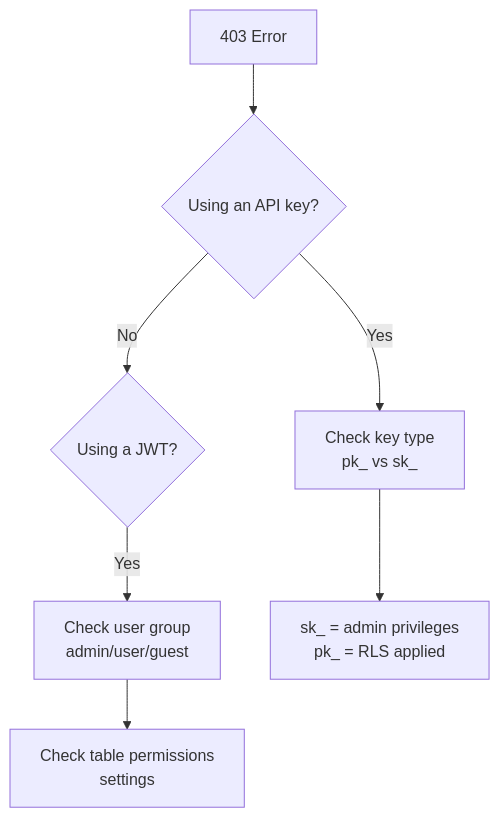
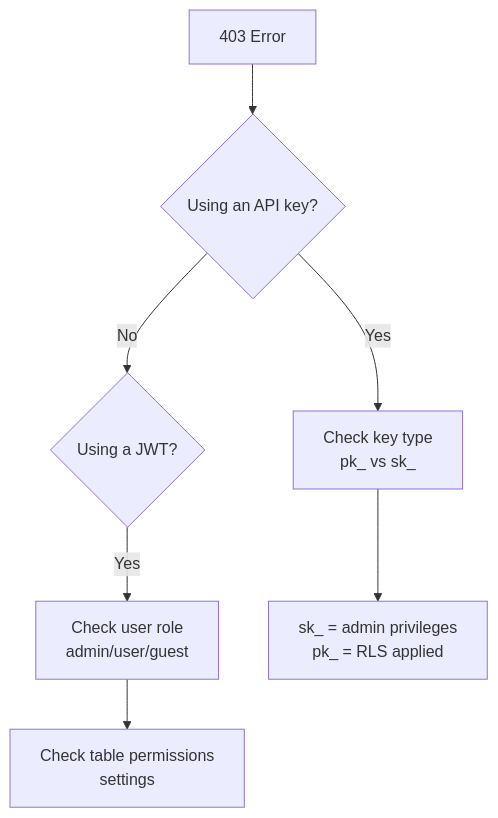
The diagram in en/troubleshooting/01-common-errors.md (popup-studio-ai/bkend-docs), drawn with Mermaid before and after one commit. The commit also changed other lines of this file and 424 other files, not shown here.

````diff
--- a/en/troubleshooting/01-common-errors.md
+++ b/en/troubleshooting/01-common-errors.md
@@ -93,9 +113,9 @@
 ```mermaid
 flowchart TD
     A[403 Error] --> B{Using an API key?}
     B -->|Yes| C[Check key type<br/>pk_ vs sk_]
     B -->|No| D{Using a JWT?}
-    D -->|Yes| E[Check user group<br/>admin/user/guest]
+    D -->|Yes| E[Check user role<br/>admin/user/guest]
     C --> F[sk_ = admin privileges<br/>pk_ = RLS applied]
     E --> G[Check table permissions<br/>settings]
 ```
````
